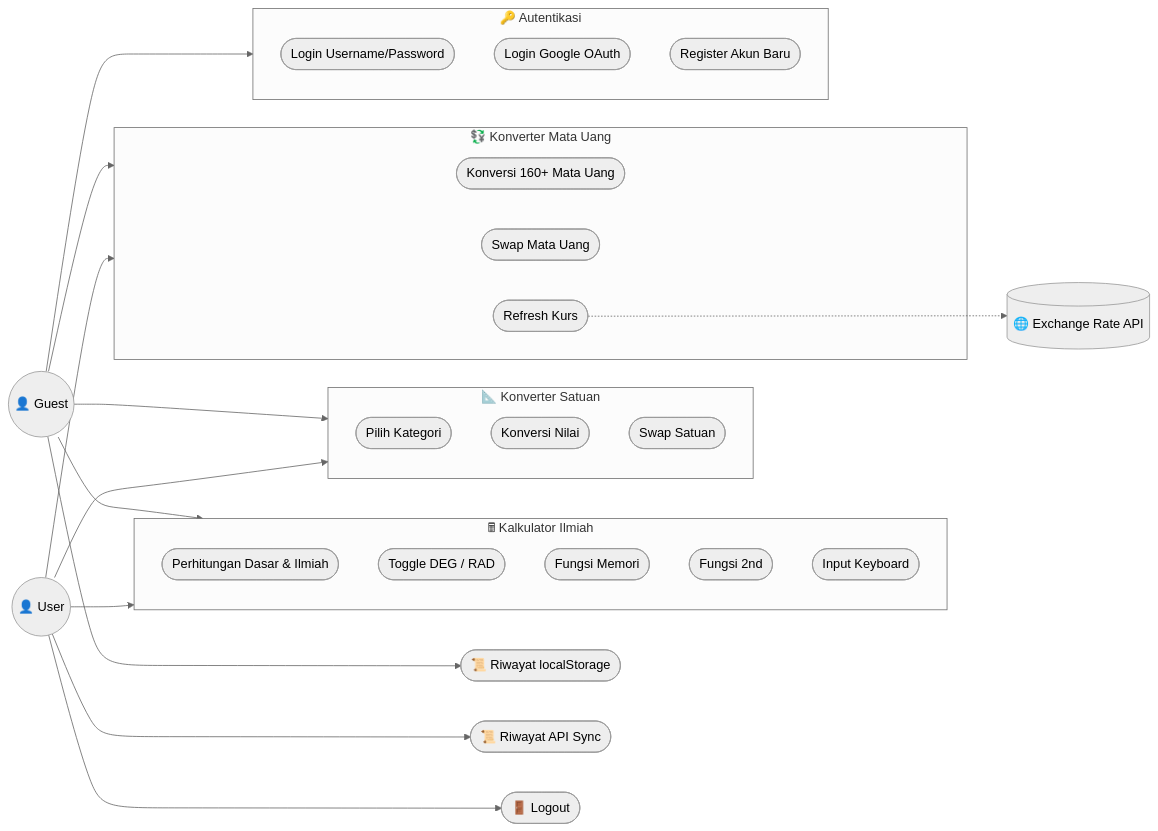
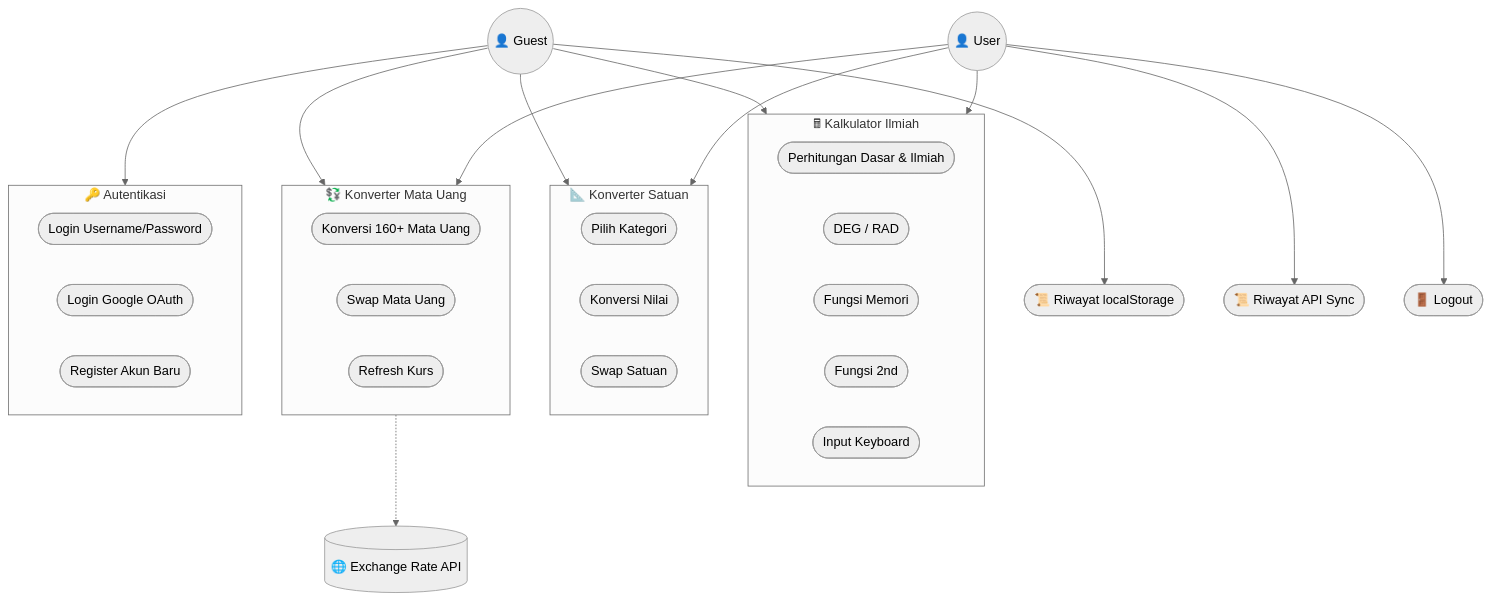
One commit to falcon-ioi/Caclcon changed the first of 6 diagrams in e-concalc-web/README.md. Above: the diagram before and after it, drawn with Mermaid (neutral theme).

Commit message:
docs: improve Use Case Diagram - TD layout with subgraphs and direction LR

````diff
--- a/e-concalc-web/README.md
+++ b/e-concalc-web/README.md
@@ -92,45 +92,49 @@
 ```mermaid
-flowchart LR
+flowchart TD
     Guest(("👤 Guest"))
     User(("👤 User"))
-
-    subgraph Kalkulator["🖩 Kalkulator Ilmiah"]
-        A1(["Perhitungan Dasar & Ilmiah"])
-        A2(["Toggle DEG / RAD"])
-        A3(["Fungsi Memori"])
-        A4(["Fungsi 2nd"])
-        A5(["Input Keyboard"])
-    end
-
-    subgraph Konverter["📐 Konverter Satuan"]
-        B1(["Pilih Kategori"])
-        B2(["Konversi Nilai"])
-        B3(["Swap Satuan"])
-    end
-
-    subgraph MataUang["💱 Konverter Mata Uang"]
-        C1(["Konversi 160+ Mata Uang"])
-        C2(["Swap Mata Uang"])
-        C3(["Refresh Kurs"])
-    end
-
-    subgraph Auth["🔑 Autentikasi"]
-        Auth1(["Login Username/Password"])
-        Auth2(["Login Google OAuth"])
-        Auth3(["Register Akun Baru"])
-    end
 
     Guest --> Kalkulator
     Guest --> Konverter
     Guest --> MataUang
     Guest --> D(["📜 Riwayat localStorage"])
     Guest --> Auth
 
     User --> Kalkulator
     User --> Konverter
     User --> MataUang
     User --> E(["📜 Riwayat API Sync"])
     User --> F(["🚪 Logout"])
 
+    subgraph Kalkulator["🖩 Kalkulator Ilmiah"]
+        direction LR
+        A1(["Perhitungan Dasar & Ilmiah"])
+        A2(["DEG / RAD"])
+        A3(["Fungsi Memori"])
+        A4(["Fungsi 2nd"])
+        A5(["Input Keyboard"])
+    end
+
+    subgraph Konverter["📐 Konverter Satuan"]
+        direction LR
+        B1(["Pilih Kategori"])
+        B2(["Konversi Nilai"])
+        B3(["Swap Satuan"])
+    end
+
+    subgraph MataUang["💱 Konverter Mata Uang"]
+        direction LR
+        C1(["Konversi 160+ Mata Uang"])
+        C2(["Swap Mata Uang"])
+        C3(["Refresh Kurs"])
+    end
+
+    subgraph Auth["🔑 Autentikasi"]
+        direction LR
+        Auth1(["Login Username/Password"])
+        Auth2(["Login Google OAuth"])
+        Auth3(["Register Akun Baru"])
+    end
+
     C3 -.-> API[("🌐 Exchange Rate API")]
 ```
````
